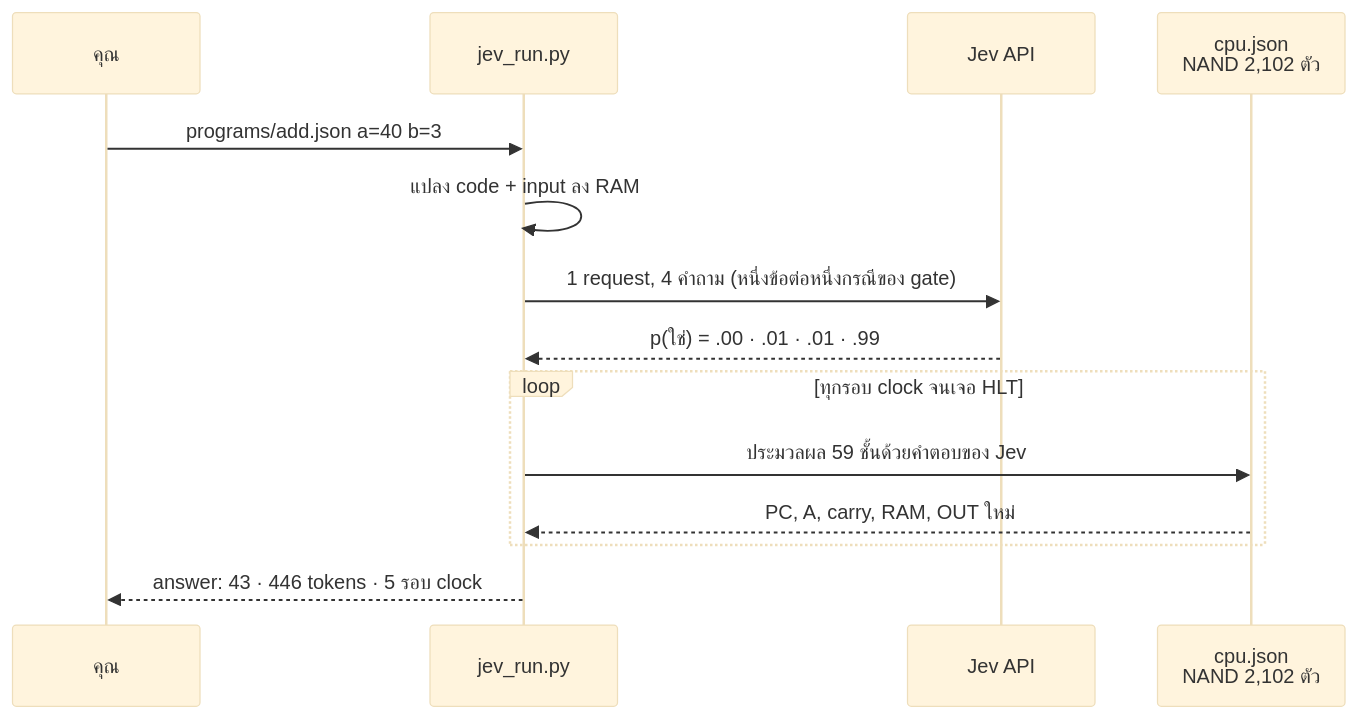
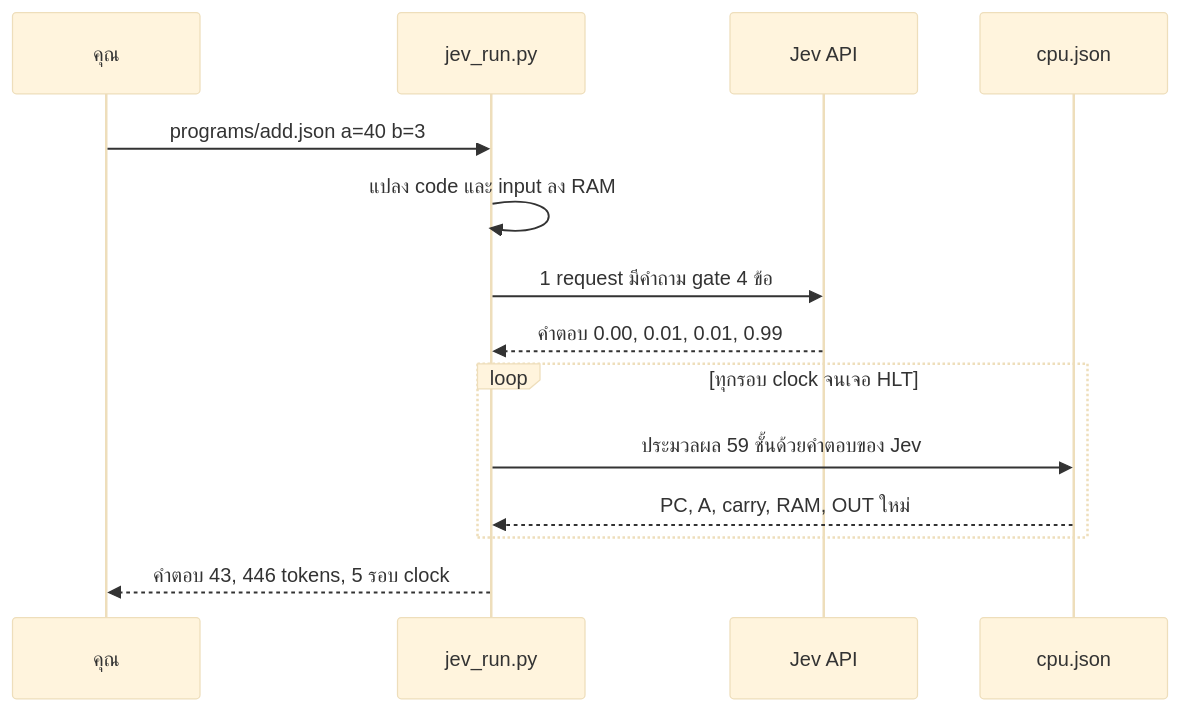
Before and after one commit to RiwRiwara/jev-computer: the third of 3 diagrams in README.th.md, drawn with Mermaid (base theme). The commit also changed other lines of this file and 1 other file, not shown here.

Commit message:
Simplify Mermaid diagrams so GitHub renders them

````diff
--- a/README.th.md
+++ b/README.th.md
@@ -190,17 +178,16 @@
 ```mermaid
 sequenceDiagram
-    participant You as คุณ
+    participant U as คุณ
     participant R as jev_run.py
     participant J as Jev API
-    participant C as cpu.json<br/>NAND 2,102 ตัว
-
-    You->>R: programs/add.json a=40 b=3
-    R->>R: แปลง code + input ลง RAM
-    R->>J: 1 request, 4 คำถาม (หนึ่งข้อต่อหนึ่งกรณีของ gate)
-    J-->>R: p(ใช่) = .00 · .01 · .01 · .99
+    participant C as cpu.json
+    U->>R: programs/add.json a=40 b=3
+    R->>R: แปลง code และ input ลง RAM
+    R->>J: 1 request มีคำถาม gate 4 ข้อ
+    J-->>R: คำตอบ 0.00, 0.01, 0.01, 0.99
     loop ทุกรอบ clock จนเจอ HLT
         R->>C: ประมวลผล 59 ชั้นด้วยคำตอบของ Jev
         C-->>R: PC, A, carry, RAM, OUT ใหม่
     end
-    R-->>You: answer: 43 · 446 tokens · 5 รอบ clock
+    R-->>U: คำตอบ 43, 446 tokens, 5 รอบ clock
 ```
````
